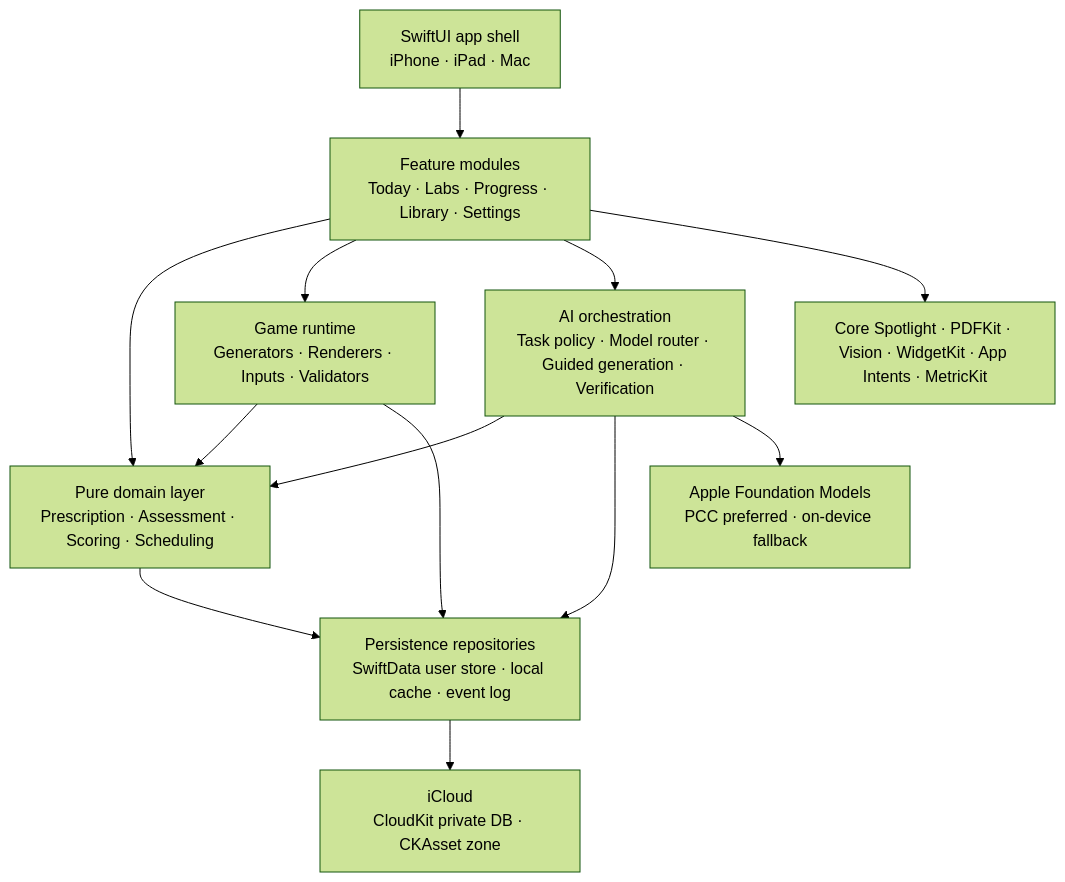
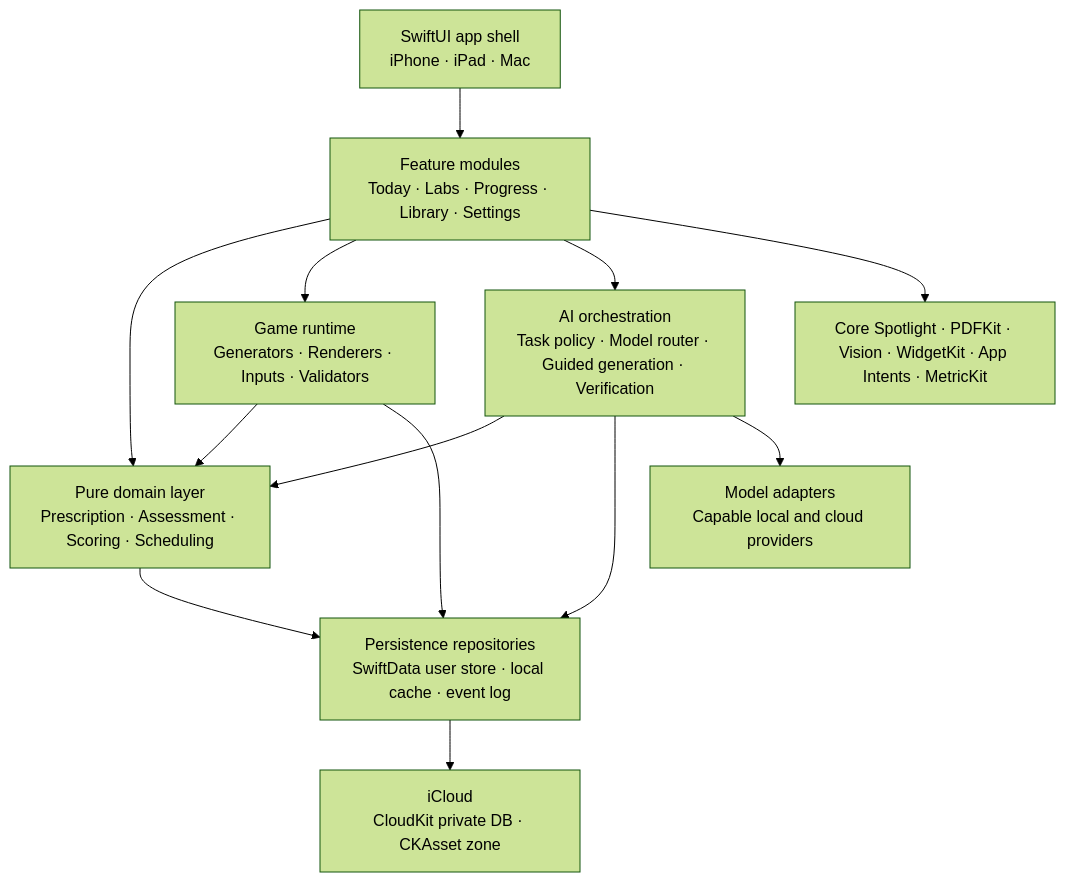
The first of 3 diagrams in NeuroForge_Release_1.0_Product_Spec_System_Design_Development_Plan.md (Zacro-Technologies/NeuroForge), drawn with Mermaid (forest theme) before and after one commit. The commit also changed other lines of this file and 69 other files, not shown here.

````diff
--- a/NeuroForge_Release_1.0_Product_Spec_System_Design_Development_Plan.md
+++ b/NeuroForge_Release_1.0_Product_Spec_System_Design_Development_Plan.md
@@ -243,15 +247,15 @@
 ```mermaid
 flowchart TB
   UI[SwiftUI app shell<br/>iPhone · iPad · Mac] --> Features[Feature modules<br/>Today · Labs · Progress · Library · Settings]
   Features --> Domain[Pure domain layer<br/>Prescription · Assessment · Scoring · Scheduling]
   Features --> Game[Game runtime<br/>Generators · Renderers · Inputs · Validators]
   Features --> AI[AI orchestration<br/>Task policy · Model router · Guided generation · Verification]
   Domain --> Data[Persistence repositories<br/>SwiftData user store · local cache · event log]
   Game --> Domain
   Game --> Data
   AI --> Domain
   AI --> Data
-  AI --> Apple[Apple Foundation Models<br/>PCC preferred · on-device fallback]
+  AI --> Apple[Model adapters<br/>Capable local and cloud providers]
   Data --> Sync[iCloud<br/>CloudKit private DB · CKAsset zone]
   Features --> Services[Core Spotlight · PDFKit · Vision · WidgetKit · App Intents · MetricKit]
 ```
````
